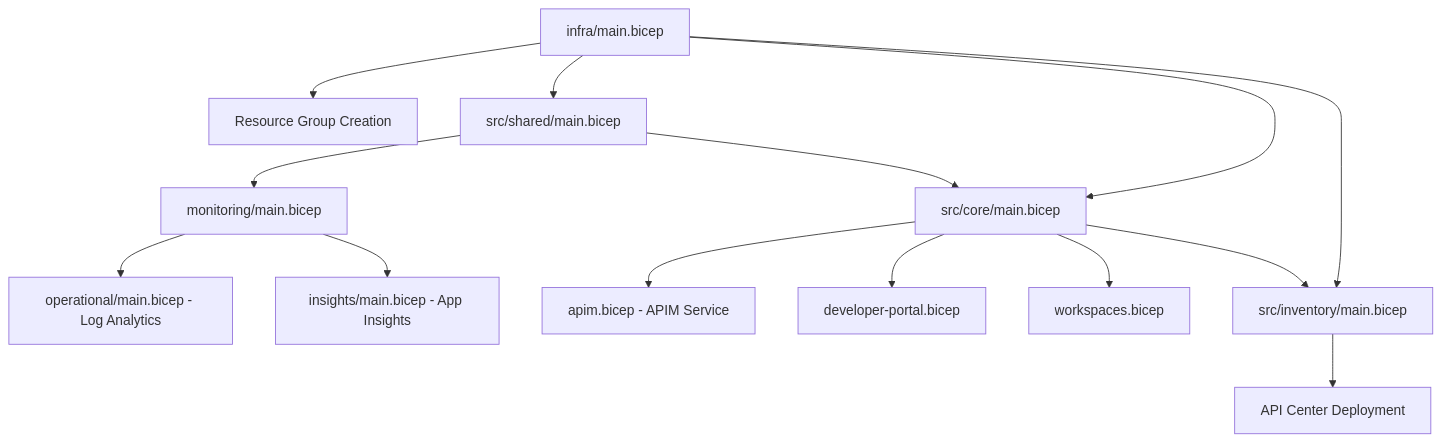
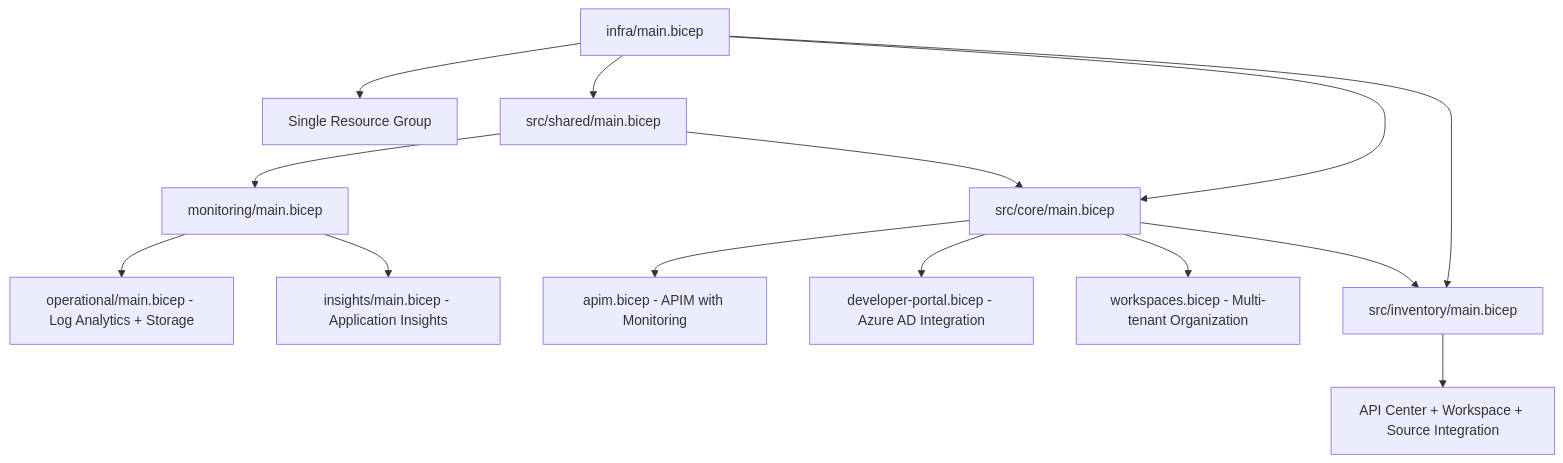
The diagram in README.md (Evilazaro/APIM-Accelerator), drawn with Mermaid before and after one commit. The commit also changed other lines of this file and 8 other files, not shown here.

````diff
--- a/README.md
+++ b/README.md
@@ -59,20 +57,20 @@
 ```mermaid
 graph TD
-    A[infra/main.bicep] --> B[Resource Group Creation]
+    A[infra/main.bicep] --> B[Single Resource Group]
     A --> C[src/shared/main.bicep]
     A --> D[src/core/main.bicep]
     A --> E[src/inventory/main.bicep]
     
     C --> F[monitoring/main.bicep]
-    F --> G[operational/main.bicep - Log Analytics]
-    F --> H[insights/main.bicep - App Insights]
+    F --> G[operational/main.bicep - Log Analytics + Storage]
+    F --> H[insights/main.bicep - Application Insights]
     
-    D --> I[apim.bicep - APIM Service]
-    D --> J[developer-portal.bicep]
-    D --> K[workspaces.bicep]
+    D --> I[apim.bicep - APIM with Monitoring]
+    D --> J[developer-portal.bicep - Azure AD Integration]
+    D --> K[workspaces.bicep - Multi-tenant Organization]
     
-    E --> L[API Center Deployment]
+    E --> L[API Center + Workspace + Source Integration]
     
     C --> D
     D --> E
 ```
````
